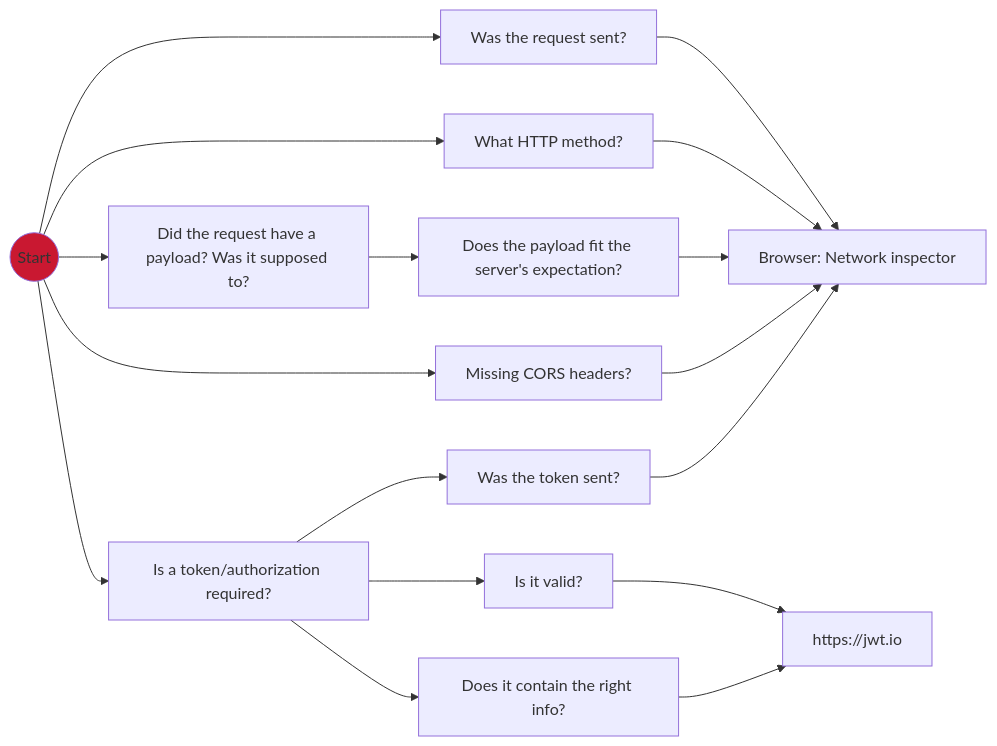
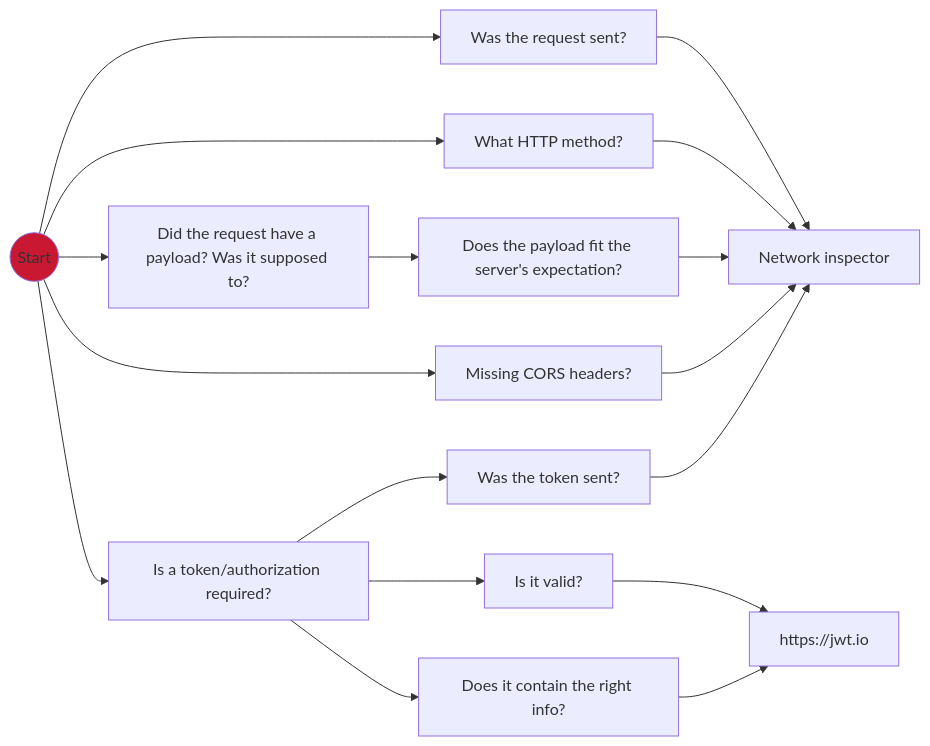
The third of 5 diagrams in README.md (zspitz/debuggingProcess), drawn with Mermaid before and after one commit. The commit also changed other lines of this file, not shown here.

````diff
--- a/README.md
+++ b/README.md
@@ -64,20 +66,20 @@
 ```mermaid
 graph LR
 Start((Start)) --> N074[Was the request sent?]
 
 Start --> N075[What HTTP method?]
 
 Start --> N076[Did the request have a payload? Was it supposed to?] --> N077[Does the payload fit the server's expectation?]
 
 Start --> N078[Missing CORS headers?]
 
-N074 & N075 & N077 & N078 --> N079[Browser: Network inspector]
+N074 & N075 & N077 & N078 --> N079[Network inspector]
 
 Start --> N080[Is a token/authorization required?] --> N081[Was the token sent?] & N082[Is it valid?] & N083[Does it contain the right info?]
 
 N081 --> N079
 
 N082 & N083 --> N084[https://jwt.io]
 
 style Start fill:#c91831
 ```
````
